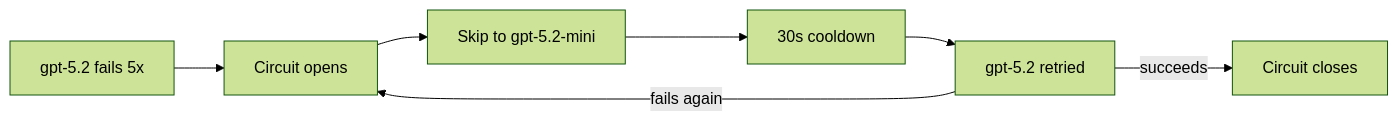
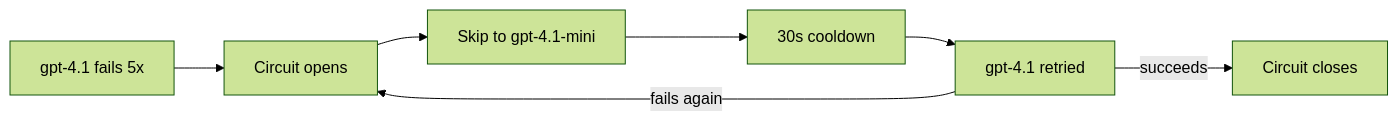
One commit to arpan404/afk changed the second of 2 diagrams in skills/afk-maintainer/references/afk-examples.md. Above: the diagram before and after it, drawn with Mermaid (forest theme). The commit also changed other lines of this file and 105 other files, not shown here.

````diff
--- a/skills/afk-maintainer/references/afk-examples.md
+++ b/skills/afk-maintainer/references/afk-examples.md
@@ -1876,9 +1876,9 @@
 ```mermaid
 flowchart LR
-    A["gpt-5.2 fails 5x"] --> B["Circuit opens"]
-    B --> C["Skip to gpt-5.2-mini"]
+    A["gpt-4.1 fails 5x"] --> B["Circuit opens"]
+    B --> C["Skip to gpt-4.1-mini"]
     C --> D["30s cooldown"]
-    D --> E["gpt-5.2 retried"]
+    D --> E["gpt-4.1 retried"]
     E -->|"succeeds"| F["Circuit closes"]
     E -->|"fails again"| B
 ```
````
